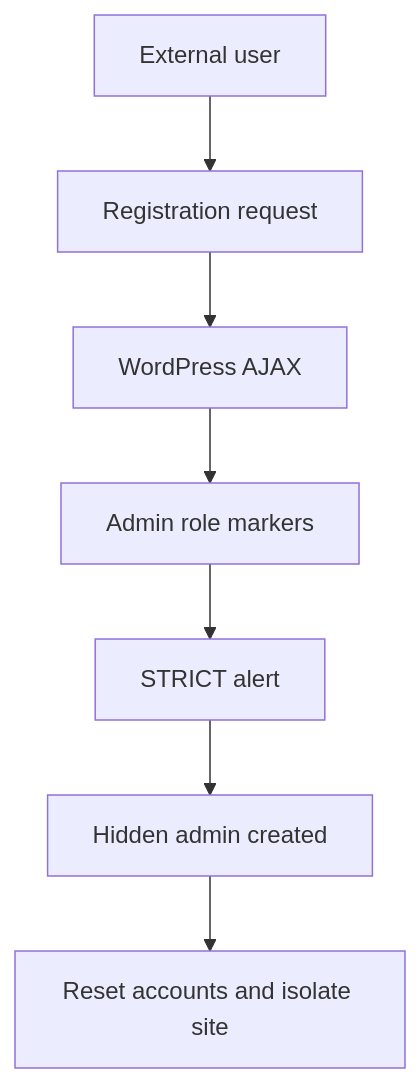
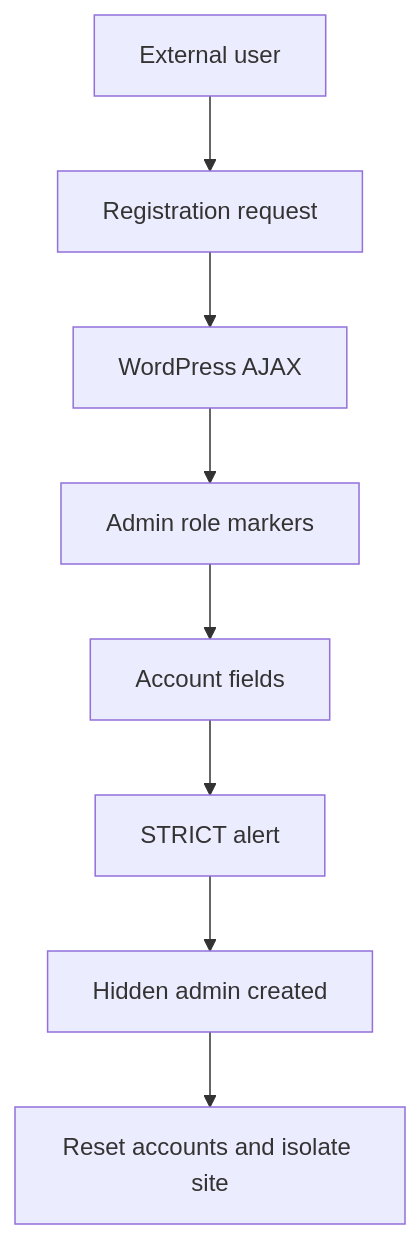
The diagram in CVE-2026-1492_wordpress_User_Registration_Membership/diagrams/DIAGRAM_CVE_2026_1492_ATTACK_DETECTION_RESPONSE_EN.mmd (Hatchepsoute/sigma-rules), drawn with Mermaid before and after one commit. The commit also changed 305 other files, not shown here.

```diff
--- a/CVE-2026-1492_wordpress_User_Registration_Membership/diagrams/DIAGRAM_CVE_2026_1492_ATTACK_DETECTION_RESPONSE_EN.mmd
+++ b/CVE-2026-1492_wordpress_User_Registration_Membership/diagrams/DIAGRAM_CVE_2026_1492_ATTACK_DETECTION_RESPONSE_EN.mmd
@@ -1,7 +1,8 @@
 flowchart TD
   A[External user] --> B[Registration request]
   B --> C[WordPress AJAX]
   C --> D[Admin role markers]
-  D --> E[STRICT alert]
-  E --> F[Hidden admin created]
-  F --> G[Reset accounts and isolate site]
+  D --> E[Account fields]
+  E --> F[STRICT alert]
+  F --> G[Hidden admin created]
+  G --> H[Reset accounts and isolate site]
```
